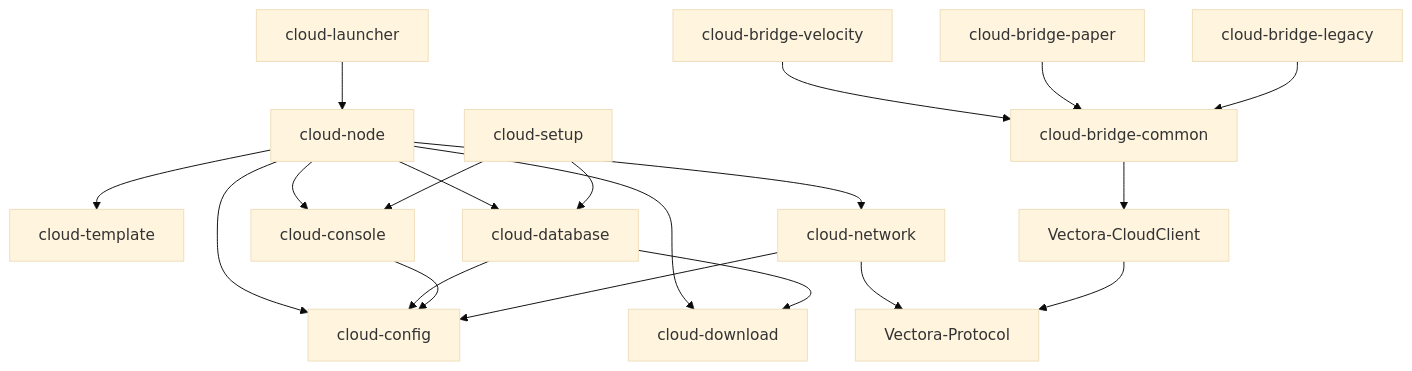
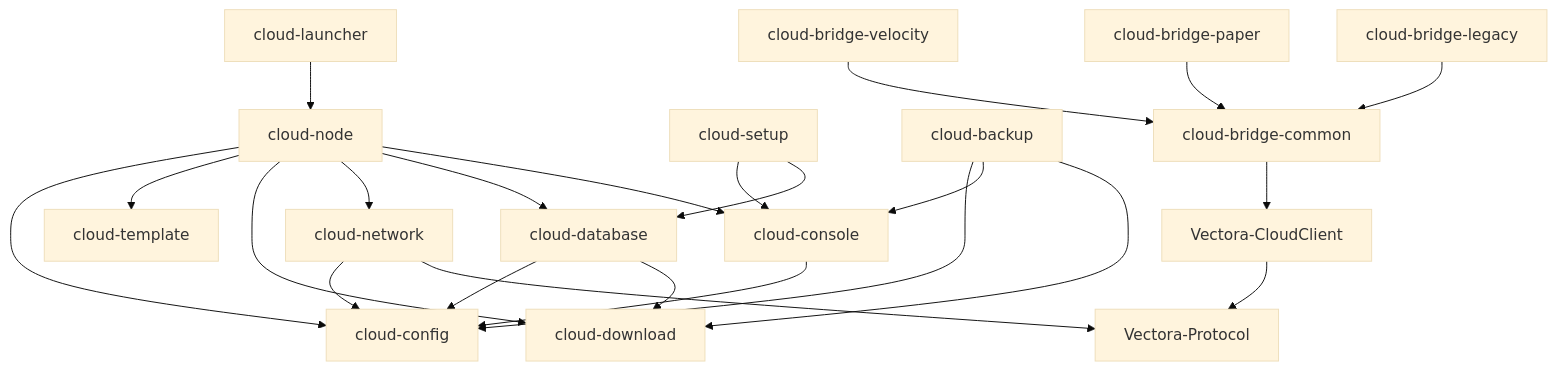
One commit to VectoDE/VectolynCloud changed the diagram in docs/cloud/architecture.md. Above: the diagram before and after it, drawn with Mermaid (base theme). The commit also changed other lines of this file and 75 other files, not shown here.

First line of the commit message:
feat(cloud-backup): backups of static services and the database (#43)

````diff
--- a/docs/cloud/architecture.md
+++ b/docs/cloud/architecture.md
@@ -35,22 +36,25 @@
 ```mermaid
 graph TD
     launcher[cloud-launcher] --> node[cloud-node]
     node --> config[cloud-config]
     node --> template[cloud-template]
     node --> download[cloud-download]
     node --> network[cloud-network]
     node --> database[cloud-database]
     node --> console[cloud-console]
     database --> config
     console[cloud-console] --> config
     setup[cloud-setup] --> console
     setup --> database
+    backup[cloud-backup] --> config
+    backup --> console
+    backup --> download
     database --> download
     network --> config
     network --> protocol[Vectora-Protocol]
     client[Vectora-CloudClient] --> protocol
     bcom[cloud-bridge-common] --> client
     bvel[cloud-bridge-velocity] --> bcom
     bpap[cloud-bridge-paper] --> bcom
     bleg[cloud-bridge-legacy] --> bcom
 ```
````
